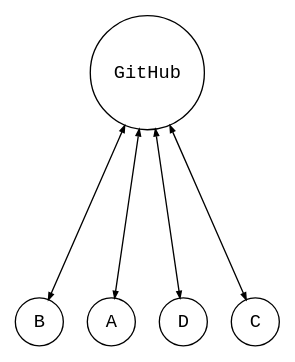
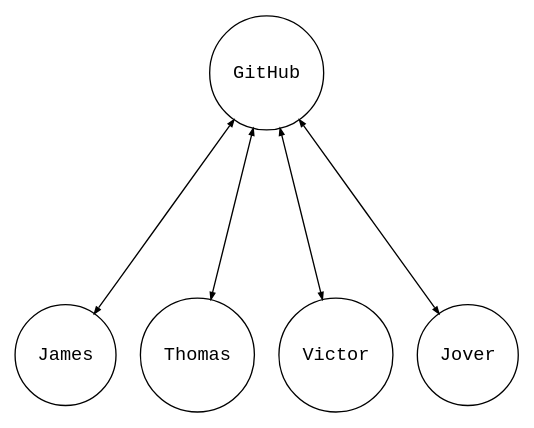
The second of 2 diagrams in 2022-10-24.md (tsibley/blab-standup), drawn with Graphviz before and after one commit. The commit also changed other lines of this file, not shown here.

Commit message:
more thoughts

````diff
--- a/2022-10-24.md
+++ b/2022-10-24.md
@@ -46,13 +51,18 @@
 ```graphviz
-# Render with `twopi`
+// Render with `twopi`
 digraph {
   ranksep=1.75;
   node [shape=circle, fontname=monospace];
   edge [arrowsize=0.5, dir=both];
 
   # To get preferred node order around the circle.
   B; A; D; C;
 
   GitHub -> {A, B, C, D};
+
+  A [label=Thomas];
+  B [label=James];
+  C [label=Jover];
+  D [label=Victor];
 }
 ```
````
